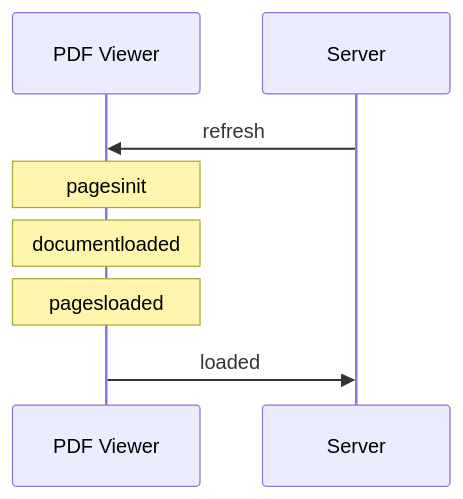
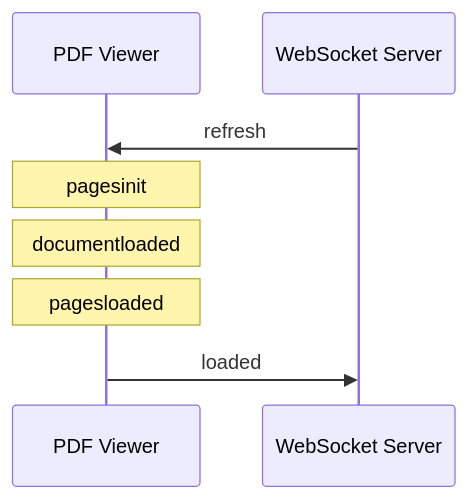
The second of 4 diagrams in viewer/README.md (James-Yu/LaTeX-Workshop), drawn with Mermaid before and after one commit. The commit also changed other lines of this file, not shown here.

Commit message:
Edit a diagram [skip ci]

````diff
--- a/viewer/README.md
+++ b/viewer/README.md
@@ -95,10 +95,10 @@
 ```mermaid
 sequenceDiagram
   participant Viewer as PDF Viewer
-  participant Server as Server
+  participant Server as WebSocket Server
   Server->>Viewer: refresh
   Note over Viewer: pagesinit
   Note over Viewer: documentloaded
   Note over Viewer: pagesloaded
   Viewer->>Server: loaded
 ```
````
